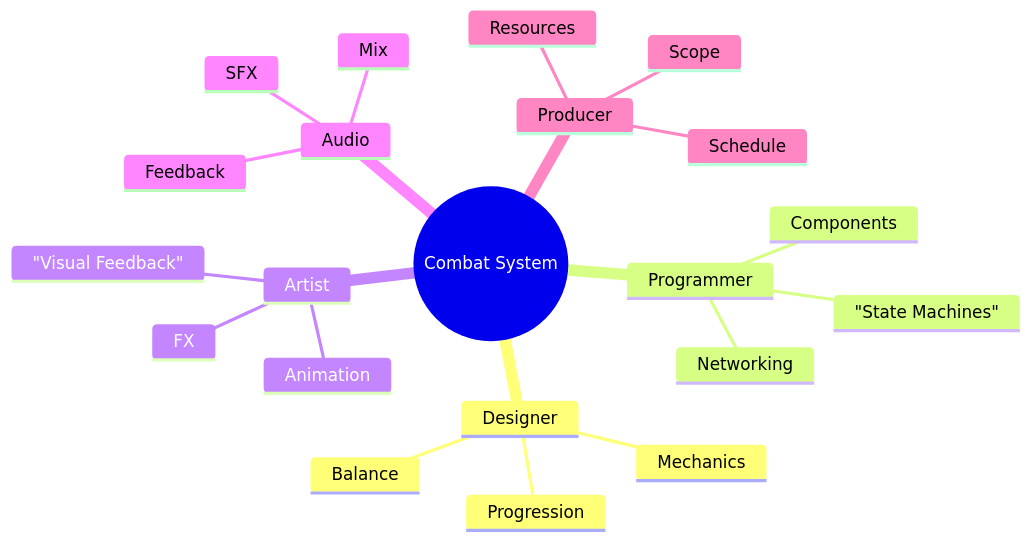
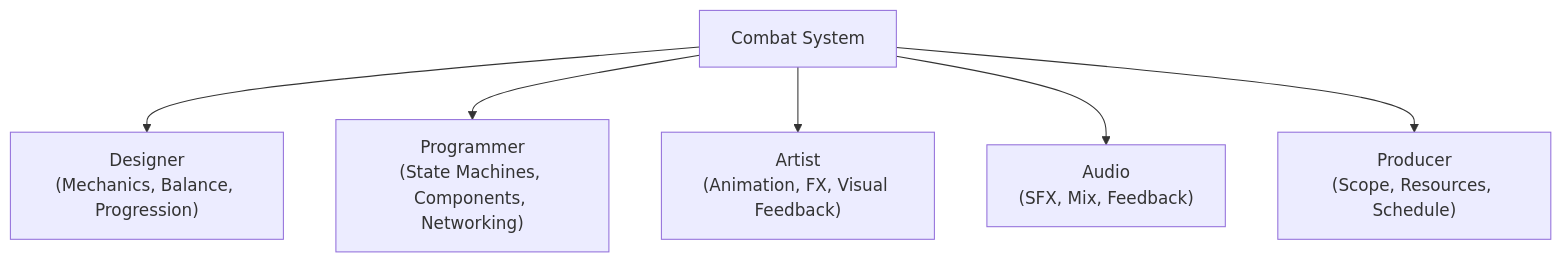
One commit to annias/spawn-dev-encyclopedia changed the third of 12 diagrams in README.md. Above: the diagram before and after it, drawn with Mermaid. The commit also changed other lines of this file and 1 other file, not shown here.

Commit message:
style: optimize diagrams layout, replacing mindmaps with clean trees and subgraphs

````diff
--- a/README.md
+++ b/README.md
@@ -90,29 +90,8 @@
 ```mermaid
-mindmap
-root(("Combat System"))
-
-    Designer
-        Mechanics
-        Balance
-        Progression
-
-    Programmer
-        "State Machines"
-        Components
-        Networking
-
-    Artist
-        Animation
-        FX
-        "Visual Feedback"
-
-    Audio
-        SFX
-        Mix
-        Feedback
-
-    Producer
-        Scope
-        Resources
-        Schedule
+flowchart TD
+    Combat["Combat System"] --> Designer["Designer<br>(Mechanics, Balance, Progression)"]
+    Combat --> Programmer["Programmer<br>(State Machines, Components, Networking)"]
+    Combat --> Artist["Artist<br>(Animation, FX, Visual Feedback)"]
+    Combat --> Audio["Audio<br>(SFX, Mix, Feedback)"]
+    Combat --> Producer["Producer<br>(Scope, Resources, Schedule)"]
 ```
````
